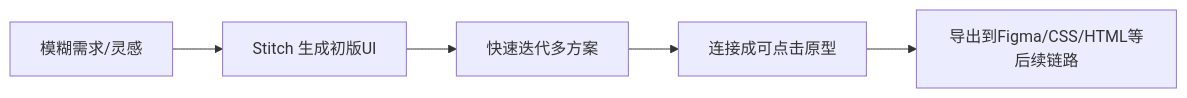
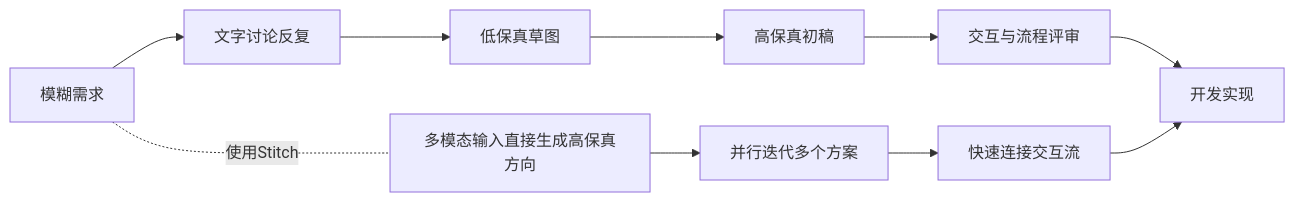
One commit to JimmyWangJimmy/JimmyWangJimmy.github.io changed the first of 6 diagrams in _posts/2026-03-21-stitch-with-google-情报整理-产品原理与使用路径.markdown. Above: the diagram before and after it, drawn with Mermaid. The commit also changed other lines of this file, not shown here.

Commit message:
content: deeply rewrite Stitch post with stronger narrative and visuals

````diff
--- a/_posts/2026-03-21-stitch-with-google-情报整理-产品原理与使用路径.markdown
+++ b/_posts/2026-03-21-stitch-with-google-情报整理-产品原理与使用路径.markdown
@@ -48,7 +35,13 @@
 ```mermaid
 flowchart LR
-    A["模糊需求/灵感"] --> B["Stitch 生成初版UI"]
-    B --> C["快速迭代多方案"]
-    C --> D["连接成可点击原型"]
-    D --> E["导出到Figma/CSS/HTML等后续链路"]
+    A["模糊需求"] --> B["文字讨论反复"]
+    B --> C["低保真草图"]
+    C --> D["高保真初稿"]
+    D --> E["交互与流程评审"]
+    E --> F["开发实现"]
+
+    A -.使用Stitch.- B2["多模态输入直接生成高保真方向"]
+    B2 --> C2["并行迭代多个方案"]
+    C2 --> D2["快速连接交互流"]
+    D2 --> F
 ```
````
